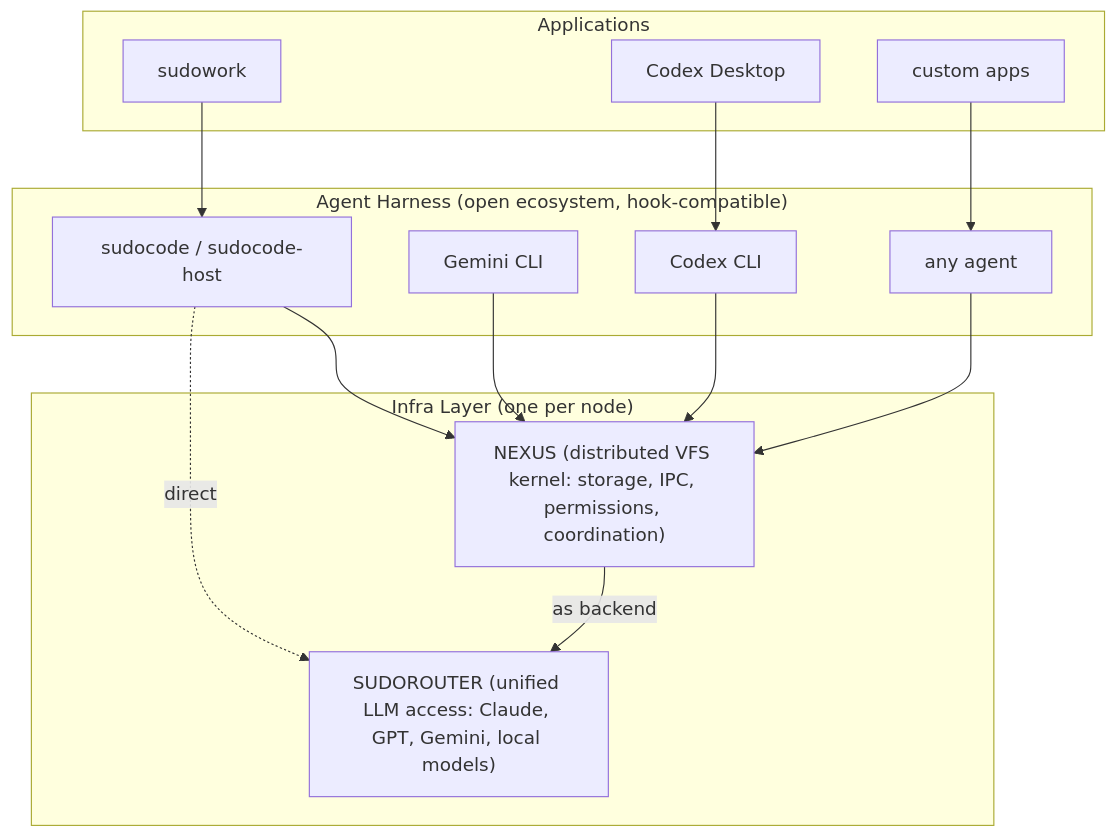
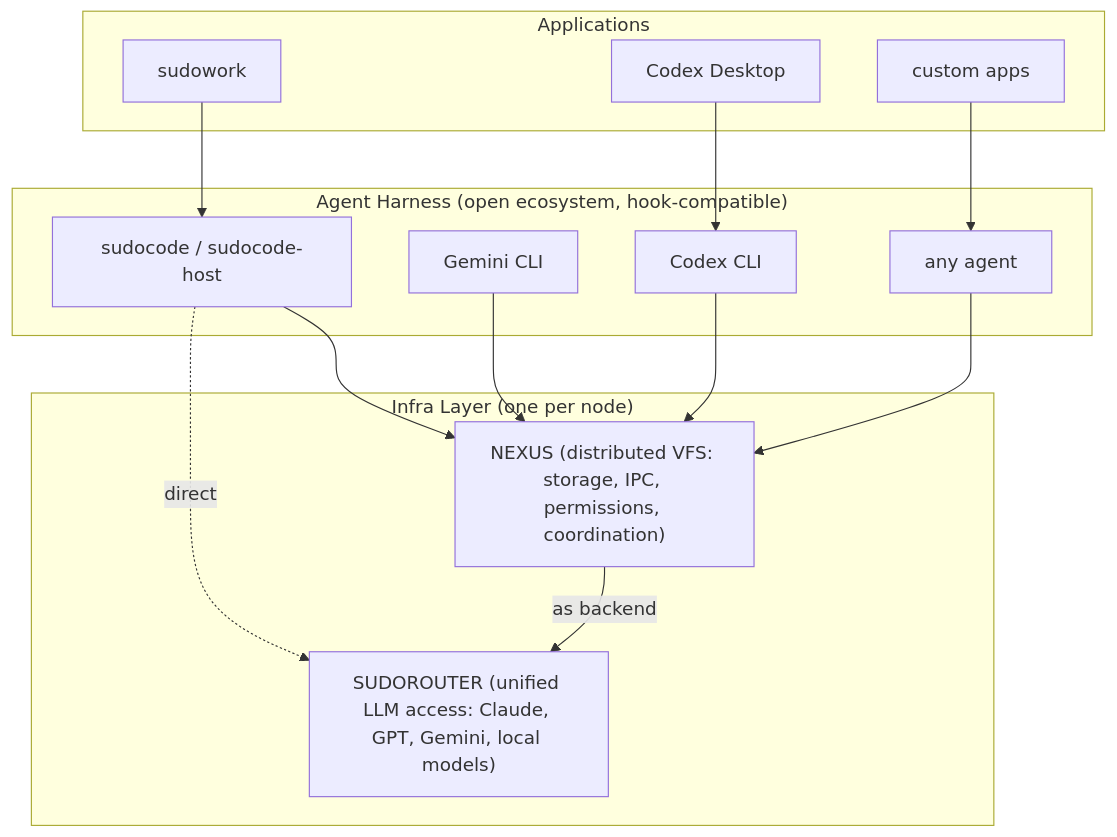
The first of 2 diagrams in README.md (nexi-lab/nexus), drawn with Mermaid before and after one commit. The commit also changed other lines of this file, not shown here.

Commit message:
docs(readme): drop 'kernel' from tagline + mermaid label
'Kernel' is an internal architecture term. User-facing surfaces
(tagline, mermaid diagram) now say 'Distributed VFS for multi-agent
systems'. The body text retains 'kernel' as an analogy ("like Linux").

````diff
--- a/README.md
+++ b/README.md
@@ -66,30 +66,30 @@
 ```mermaid
 graph TD
     subgraph Applications
         SW[sudowork]
         CD[Codex Desktop]
         CA[custom apps]
     end
 
     subgraph Agent_Harness ["Agent Harness (open ecosystem, hook-compatible)"]
         SC[sudocode / sudocode-host]
         GC[Gemini CLI]
         CX[Codex CLI]
         AH[any agent]
     end
 
     subgraph Infra ["Infra Layer (one per node)"]
-        NX["NEXUS (distributed VFS kernel: storage, IPC, permissions, coordination)"]
+        NX["NEXUS (distributed VFS: storage, IPC, permissions, coordination)"]
         SR["SUDOROUTER (unified LLM access: Claude, GPT, Gemini, local models)"]
     end
 
     SW --> SC
     CD --> CX
     CA --> AH
     SC --> NX
     GC --> NX
     CX --> NX
     AH --> NX
     SC -.->|direct| SR
     NX -->|as backend| SR
 ```
````
